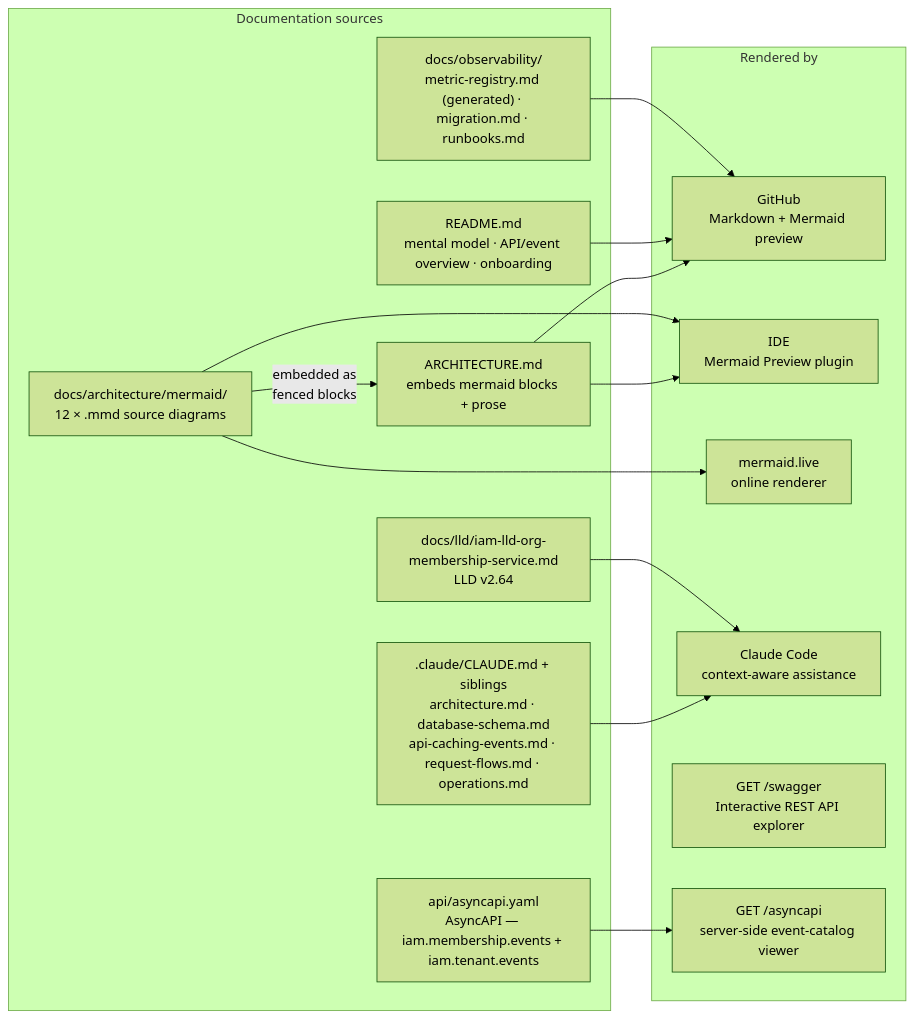
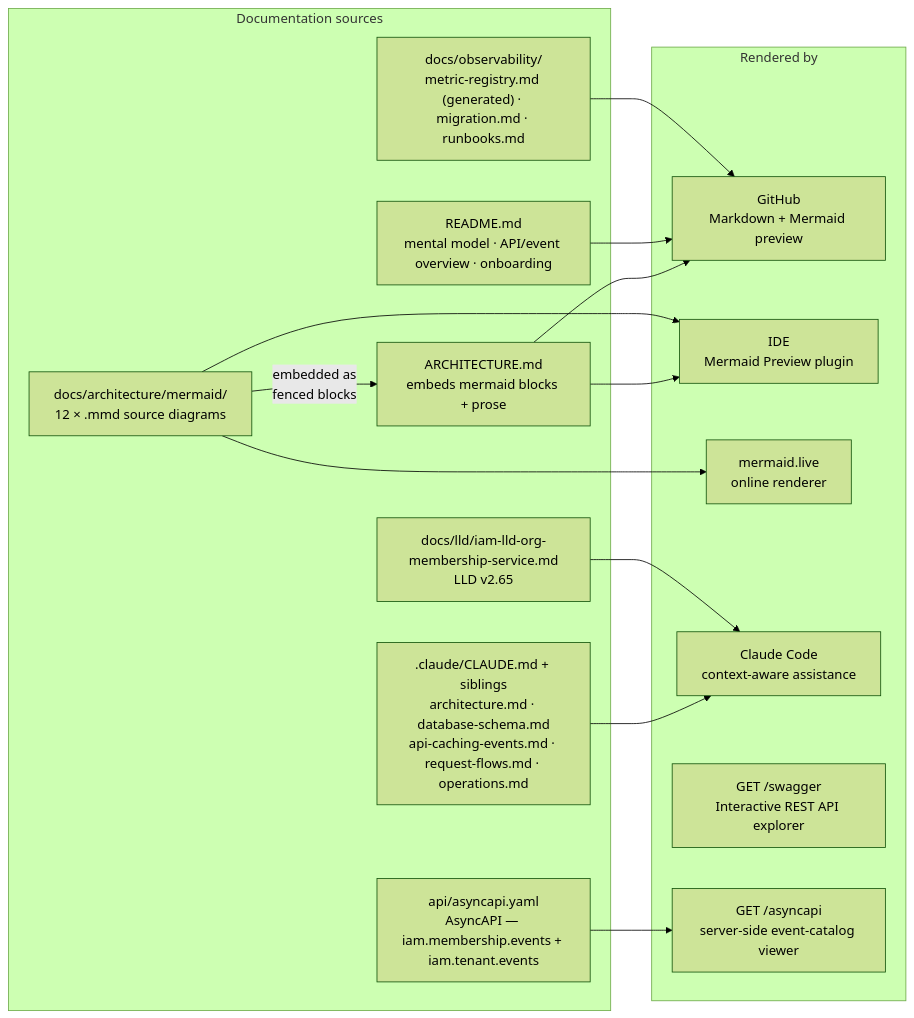
Before and after one commit to BCBP-SOLUTIONS-FZC-LLC/iam-org-membership: diagram 13 of 13 in ARCHITECTURE.md, drawn with Mermaid (forest theme). The commit also changed other lines of this file and 20 other files, not shown here.

````diff
--- a/ARCHITECTURE.md
+++ b/ARCHITECTURE.md
@@ -1387,30 +1388,30 @@
 ```mermaid
 graph LR
     subgraph sources["Documentation sources"]
         mmd["docs/architecture/mermaid/\n12 × .mmd source diagrams"]
         arch["ARCHITECTURE.md\nembeds mermaid blocks + prose"]
         claude[".claude/CLAUDE.md + siblings\narchitecture.md · database-schema.md\napi-caching-events.md · request-flows.md · operations.md"]
         readme["README.md\nmental model · API/event overview · onboarding"]
         asyncapi_yaml["api/asyncapi.yaml\nAsyncAPI — iam.membership.events + iam.tenant.events"]
-        lld["docs/lld/iam-lld-org-membership-service.md\nLLD v2.64"]
+        lld["docs/lld/iam-lld-org-membership-service.md\nLLD v2.65"]
         obsdocs["docs/observability/\nmetric-registry.md (generated) · migration.md · runbooks.md"]
     end
 
     subgraph rendered["Rendered by"]
         github["GitHub\nMarkdown + Mermaid preview"]
         ide["IDE\nMermaid Preview plugin"]
         live["mermaid.live\nonline renderer"]
         claude_ai["Claude Code\ncontext-aware assistance"]
         swagger_viewer["GET /swagger\nInteractive REST API explorer"]
         asyncapi_viewer["GET /asyncapi\nserver-side event-catalog viewer"]
     end
 
     mmd  -->|"embedded as\nfenced blocks"| arch
     arch --> github & ide
     mmd  --> live & ide
     claude --> claude_ai
     readme --> github
     lld --> claude_ai
     obsdocs --> github
     asyncapi_yaml --> asyncapi_viewer
 ```
````
